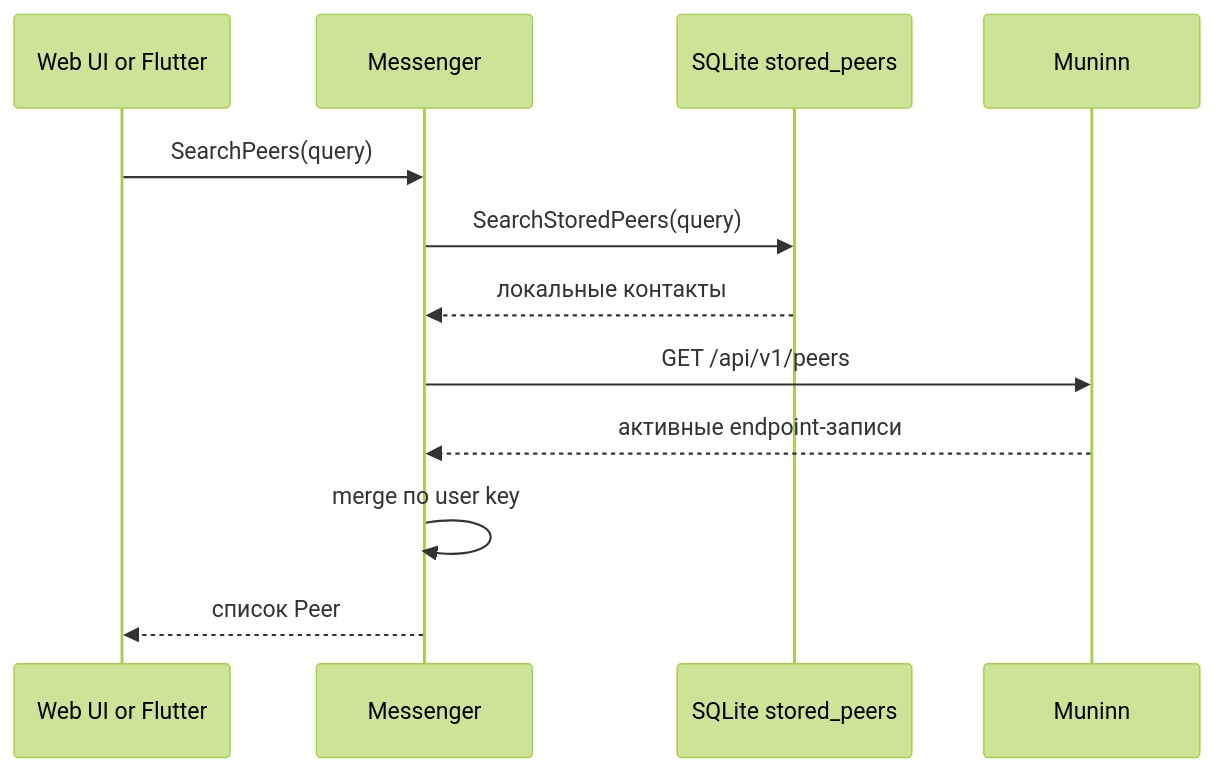
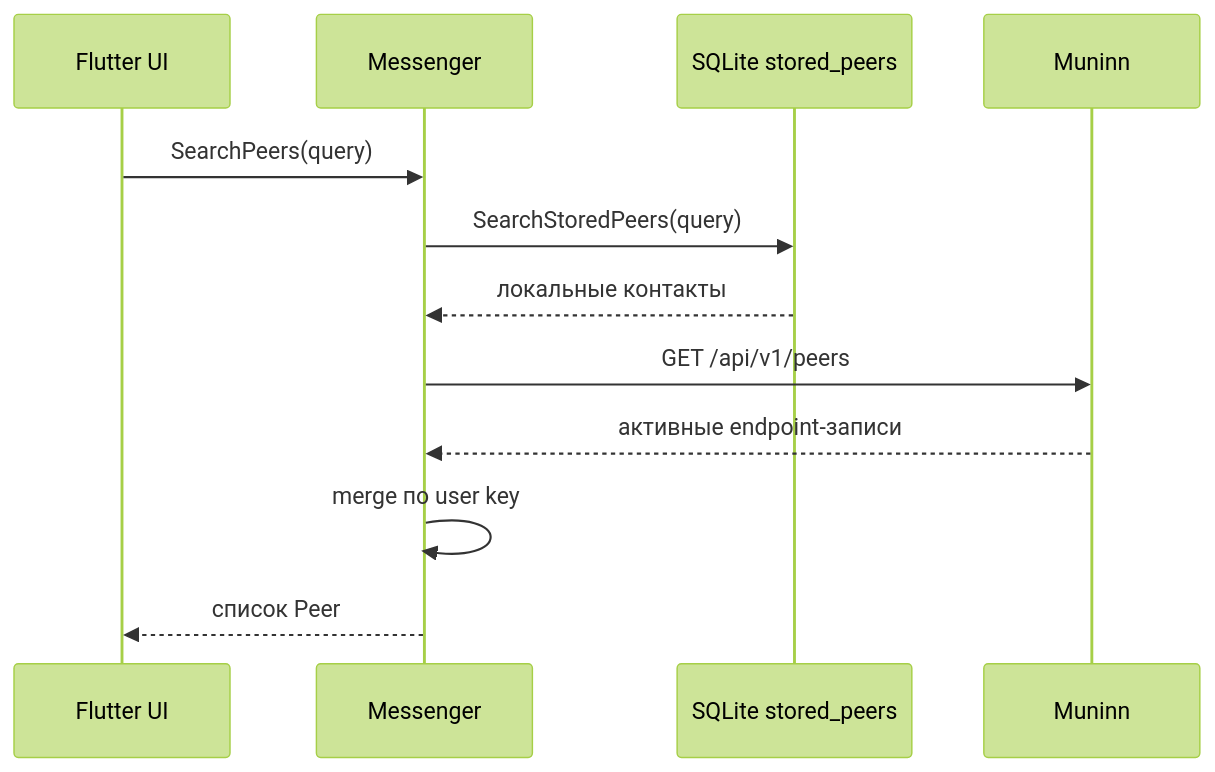
Before and after one commit to killbane1232/huginn-messenger: the third of 10 diagrams in docs/architecture.md, drawn with Mermaid (forest theme). The commit also changed other lines of this file and 13 other files, not shown here.

````diff
--- a/docs/architecture.md
+++ b/docs/architecture.md
@@ -91,15 +81,15 @@
 ```mermaid
 sequenceDiagram
-    participant UI as Web UI or Flutter
+    participant UI as Flutter UI
     participant H as Messenger
     participant DB as SQLite stored_peers
     participant M as Muninn
 
     UI->>H: SearchPeers(query)
     H->>DB: SearchStoredPeers(query)
     DB-->>H: локальные контакты
     H->>M: GET /api/v1/peers
     M-->>H: активные endpoint-записи
     H->>H: merge по user key
     H-->>UI: список Peer
 ```
````
